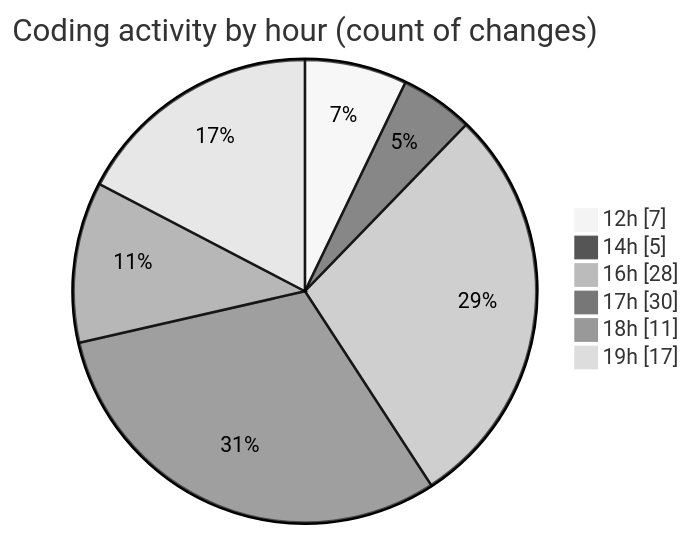
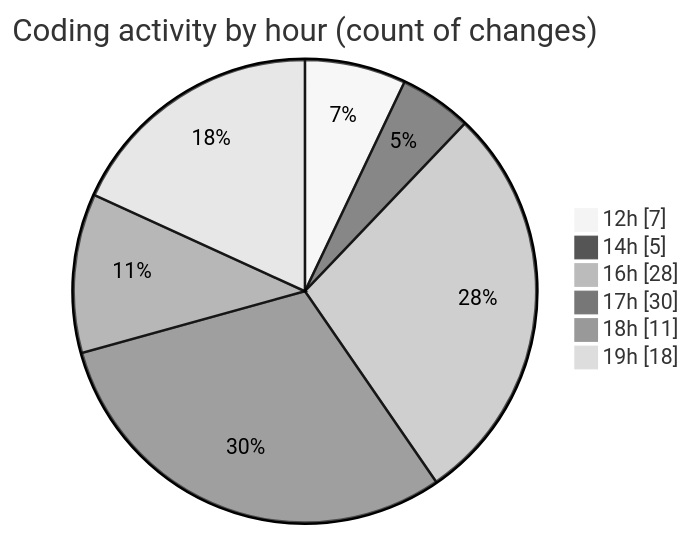
The second of 2 diagrams in 2025-10-06/eventscop-frontend-guide__workspace_/README.md (julien-gomy/code-tracking), drawn with Mermaid (neutral theme) before and after one commit. The commit also changed other lines of this file and 1 other file, not shown here.

````diff
--- a/2025-10-06/eventscop-frontend-guide__workspace_/README.md
+++ b/2025-10-06/eventscop-frontend-guide__workspace_/README.md
@@ -60,10 +60,10 @@
 ```mermaid
 pie showData
 title Coding activity by hour (count of changes)
 "12h" : 7
 "14h" : 5
 "16h" : 28
 "17h" : 30
 "18h" : 11
-"19h" : 17
+"19h" : 18
 ```
````
